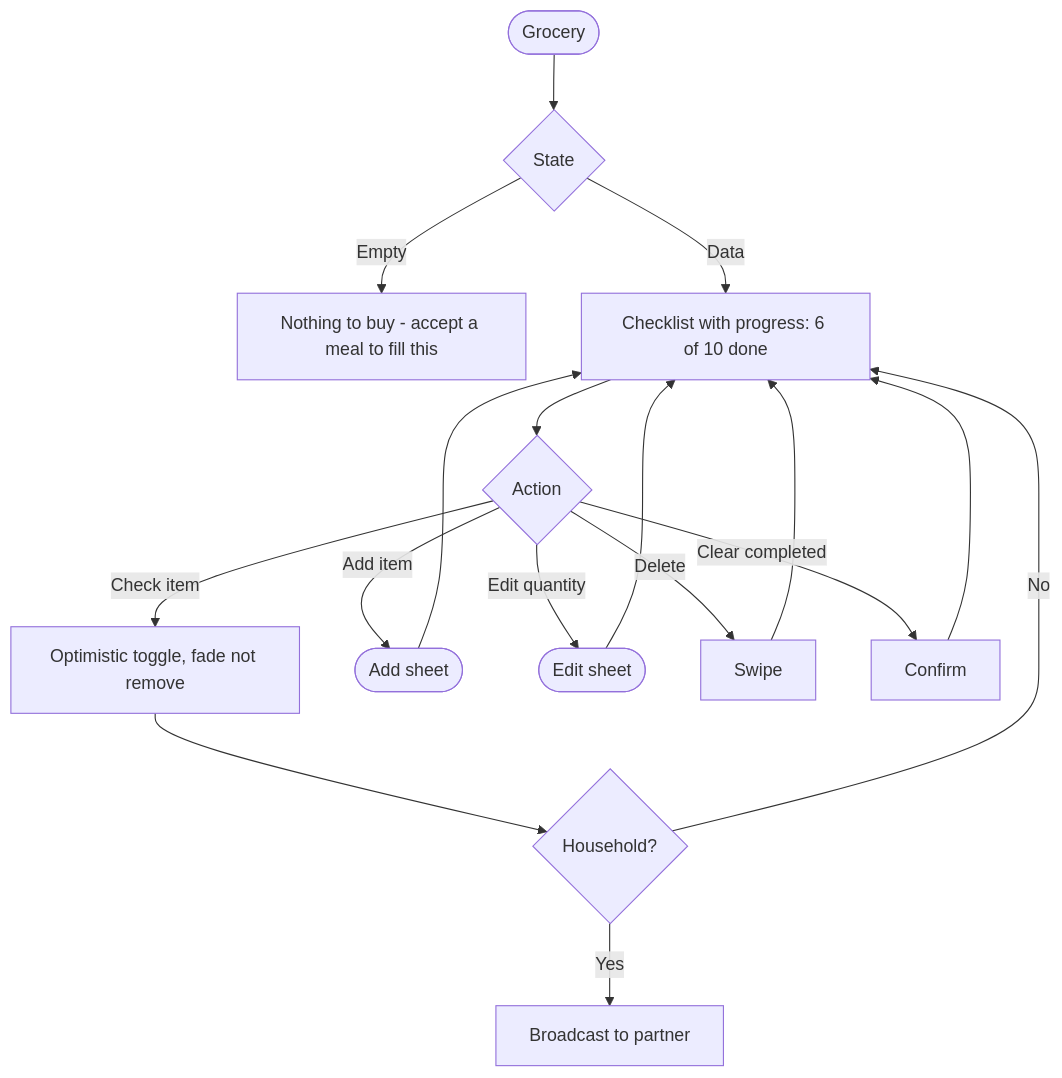
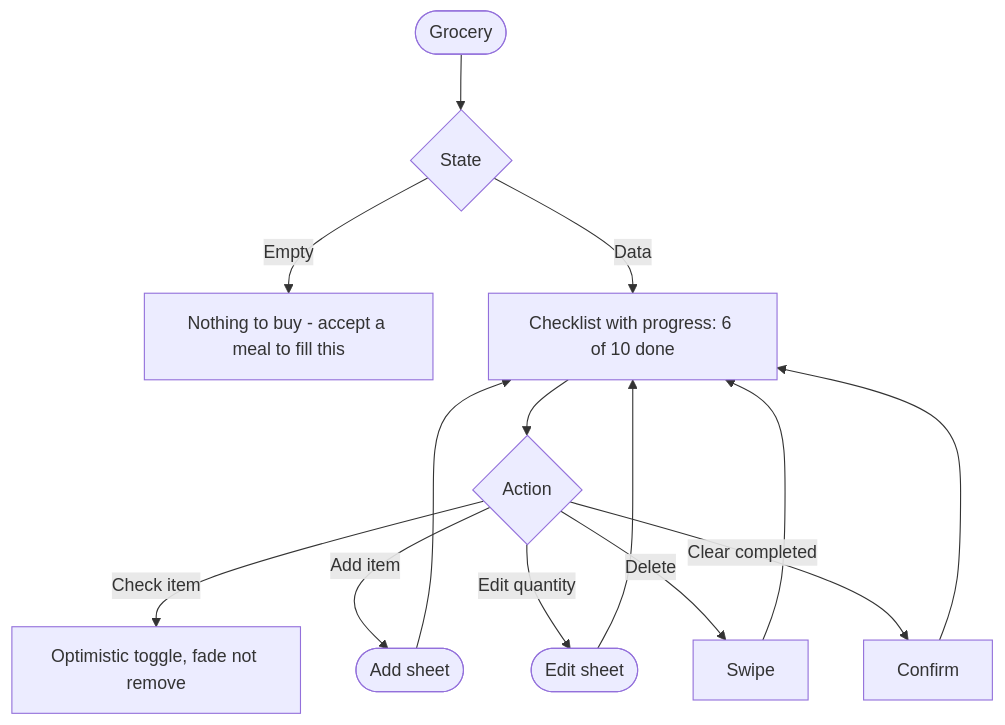
Diagram 13 of 16 in docs/USER_FLOWS.md (MarcEsteban04/whats_cooking_app), drawn with Mermaid before and after one commit. The commit also changed other lines of this file and 4 other files, not shown here.

````diff
--- a/docs/USER_FLOWS.md
+++ b/docs/USER_FLOWS.md
@@ -407,15 +408,12 @@
 ```mermaid
 flowchart TD
     A([Grocery]) --> B{State}
     B -->|Empty| C[Nothing to buy - accept a meal to fill this]
     B -->|Data| D[Checklist with progress: 6 of 10 done]
     D --> E{Action}
     E -->|Check item| F[Optimistic toggle, fade not remove]
     E -->|Add item| G([Add sheet]) --> D
     E -->|Edit quantity| H([Edit sheet]) --> D
     E -->|Delete| I[Swipe] --> D
     E -->|Clear completed| J[Confirm] --> D
-    F --> K{Household?}
-    K -->|Yes| L[Broadcast to partner]
-    K -->|No| D
 ```
````
